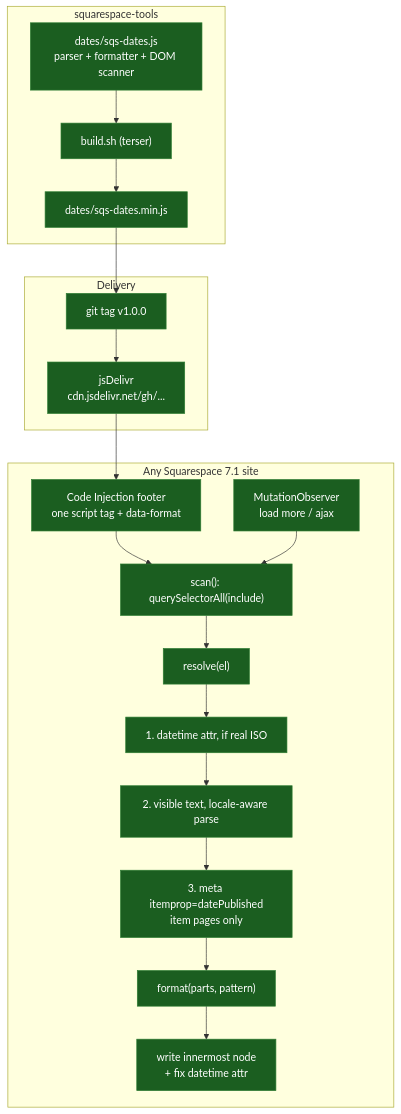
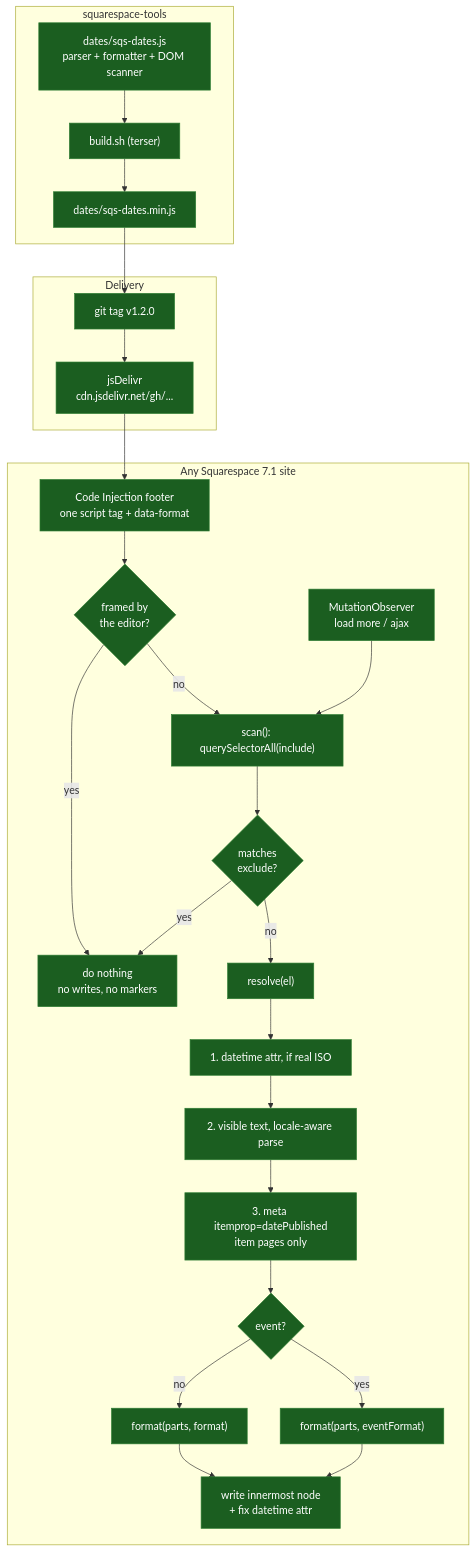
Before and after one commit to 3bdigital/squarespace-tools: the diagram in docs/architecture.md, drawn with Mermaid. The commit also changed other lines of this file and 2 other files, not shown here.

Commit message:
Update architecture diagram for events and the editor guard, add changelog

````diff
--- a/docs/architecture.md
+++ b/docs/architecture.md
@@ -5,37 +5,49 @@
 ```mermaid
 flowchart TD
     subgraph repo["squarespace-tools"]
         SRC["dates/sqs-dates.js<br/>parser + formatter + DOM scanner"]
         BUILD["build.sh (terser)"]
         MIN["dates/sqs-dates.min.js"]
         SRC --> BUILD --> MIN
     end
 
     subgraph cdn["Delivery"]
-        TAG["git tag v1.0.0"]
+        TAG["git tag v1.2.0"]
         JSD["jsDelivr<br/>cdn.jsdelivr.net/gh/..."]
         MIN --> TAG --> JSD
     end
 
     subgraph site["Any Squarespace 7.1 site"]
         INJ["Code Injection footer<br/>one script tag + data-format"]
+        GUARD{"framed by<br/>the editor?"}
+        STOP["do nothing<br/>no writes, no markers"]
         SCAN["scan(): querySelectorAll(include)"]
+        SKIP{"matches<br/>exclude?"}
         RESOLVE["resolve(el)"]
         A1["1. datetime attr, if real ISO"]
         A2["2. visible text, locale-aware parse"]
         A3["3. meta itemprop=datePublished<br/>item pages only"]
-        FMT["format(parts, pattern)"]
+        PICK{"event?"}
+        FMT["format(parts, format)"]
+        EFMT["format(parts, eventFormat)"]
         WRITE["write innermost node<br/>+ fix datetime attr"]
         OBS["MutationObserver<br/>load more / ajax"]
 
-        INJ --> SCAN --> RESOLVE
+        INJ --> GUARD
+        GUARD -->|yes| STOP
+        GUARD -->|no| SCAN
+        SCAN --> SKIP
+        SKIP -->|yes| STOP
+        SKIP -->|no| RESOLVE
         RESOLVE --> A1 --> A2 --> A3
-        A3 --> FMT --> WRITE
+        A3 --> PICK
+        PICK -->|no| FMT --> WRITE
+        PICK -->|yes| EFMT --> WRITE
         OBS --> SCAN
     end
 
     JSD --> INJ
 
     classDef built fill:#1b5e20,stroke:#2e7d32,color:#fff
-    class SRC,BUILD,MIN,TAG,JSD,INJ,SCAN,RESOLVE,A1,A2,A3,FMT,WRITE,OBS built
+    class SRC,BUILD,MIN,TAG,JSD,INJ,GUARD,STOP,SCAN,SKIP,RESOLVE,A1,A2,A3,PICK,FMT,EFMT,WRITE,OBS built
 ```
````
